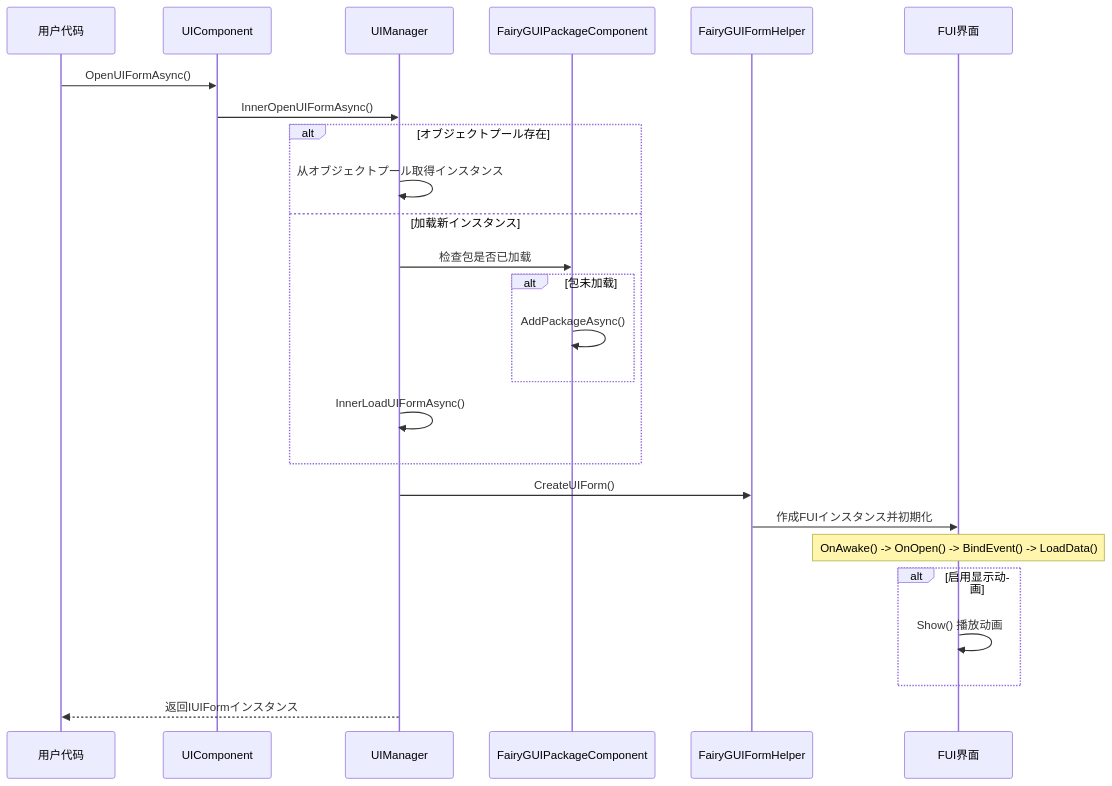
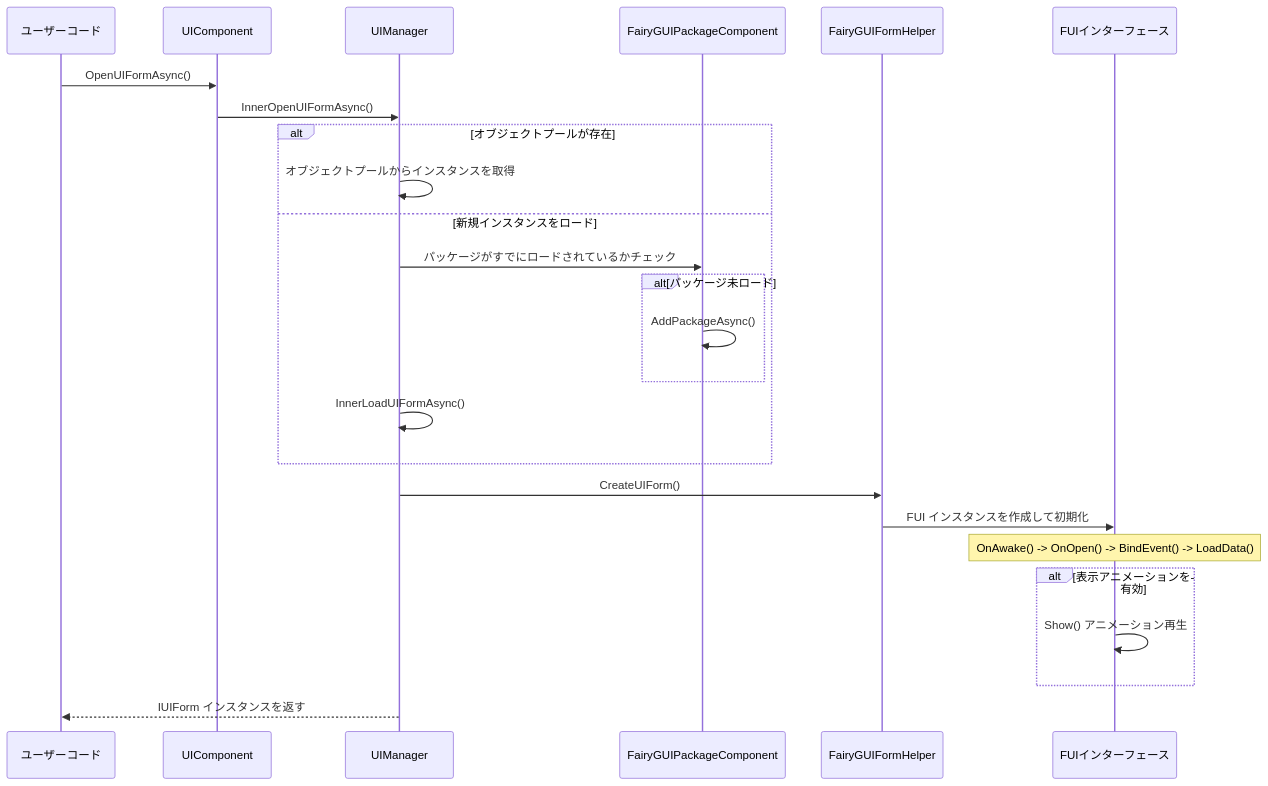
One commit to AlianBlank/GameFrameX.Docs changed the second of 4 diagrams in docs/ja/client/unity/component/ui-fairygui/07.open-close-ui.md. Above: the diagram before and after it, drawn with Mermaid. The commit also changed other lines of this file and 320 other files, not shown here.

````diff
--- a/docs/ja/client/unity/component/ui-fairygui/07.open-close-ui.md
+++ b/docs/ja/client/unity/component/ui-fairygui/07.open-close-ui.md
@@ -68,34 +68,34 @@
 ```mermaid
 sequenceDiagram
-    participant User as 用户代码
+    participant User as ユーザーコード
     participant UIComp as UIComponent
     participant UIMgr as UIManager
     participant Package as FairyGUIPackageComponent
     participant Helper as FairyGUIFormHelper
-    participant FUI as FUI界面
+    participant FUI as FUIインターフェース
 
     User->>UIComp: OpenUIFormAsync()
     UIComp->>UIMgr: InnerOpenUIFormAsync()
-    
-    alt オブジェクトプール存在
-        UIMgr->>UIMgr: 从オブジェクトプール取得インスタンス
-    else 加载新インスタンス
-        UIMgr->>Package: 检查包是否已加载
-        alt 包未加载
+
+    alt オブジェクトプールが存在
+        UIMgr->>UIMgr: オブジェクトプールからインスタンスを取得
+    else 新規インスタンスをロード
+        UIMgr->>Package: パッケージがすでにロードされているかチェック
+        alt パッケージ未ロード
             Package->>Package: AddPackageAsync()
         end
-        
+
         UIMgr->>UIMgr: InnerLoadUIFormAsync()
     end
-    
+
     UIMgr->>Helper: CreateUIForm()
-    Helper->>FUI: 作成FUIインスタンス并初期化
-    
+    Helper->>FUI: FUI インスタンスを作成して初期化
+
     Note over FUI: OnAwake() -> OnOpen() -> BindEvent() -> LoadData()
-    
-    alt 启用显示动画
-        FUI->>FUI: Show() 播放动画
+
+    alt 表示アニメーションを有効
+        FUI->>FUI: Show() アニメーション再生
     end
-    
-    UIMgr-->>User: 返回IUIFormインスタンス
+
+    UIMgr-->>User: IUIForm インスタンスを返す
 ```
````
